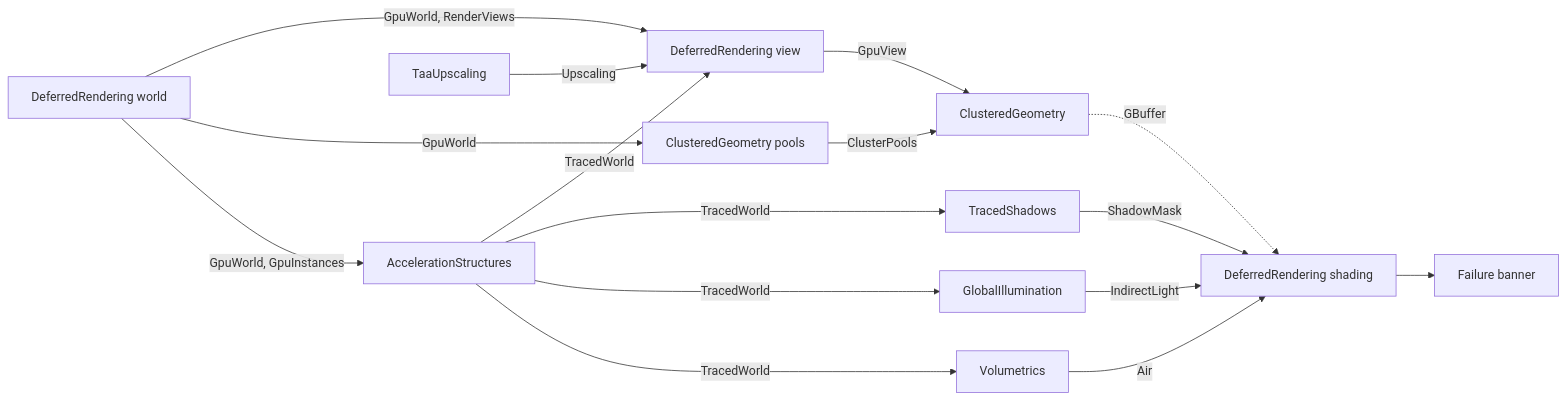
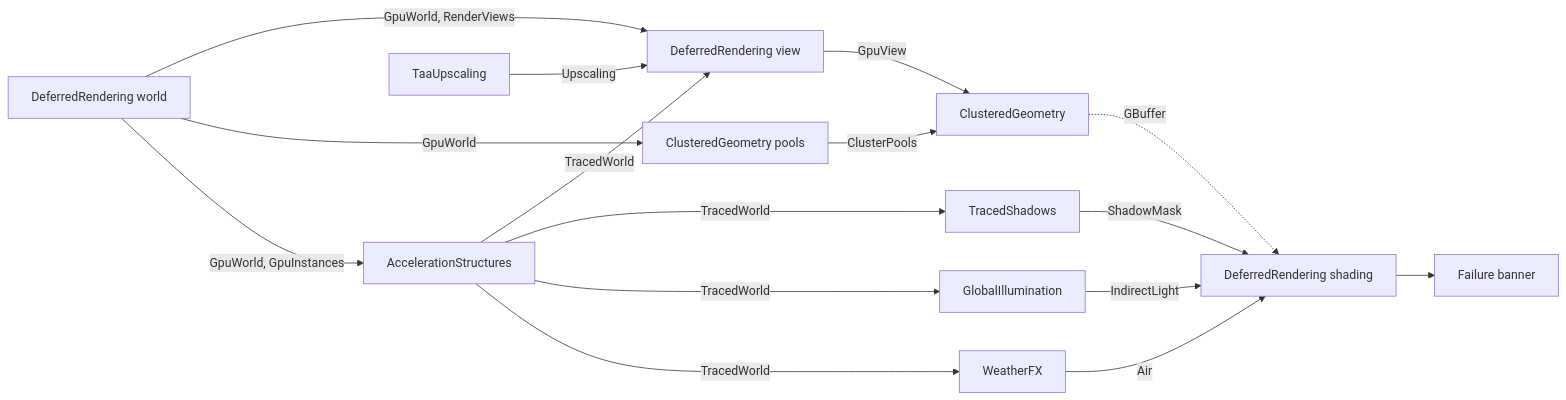
The diagram in docs/RENDERING.md (Konfus-org/Magic), drawn with Mermaid before and after one commit. The commit also changed other lines of this file and 13 other files, not shown here.

Commit message:
refactor: rename the Volumetrics gem to WeatherFX, the gem that draws the fog and the clouds that the wind carries

````diff
--- a/docs/RENDERING.md
+++ b/docs/RENDERING.md
@@ -11,18 +11,18 @@
 ```mermaid
 flowchart LR
     World[DeferredRendering world] -- GpuWorld, RenderViews --> View[DeferredRendering view]
     World -- GpuWorld --> Pools[ClusteredGeometry pools]
     World -- GpuWorld, GpuInstances --> Accel[AccelerationStructures]
     Taa[TaaUpscaling] -- Upscaling --> View
     Accel -- TracedWorld --> View
     View -- GpuView --> Clusters[ClusteredGeometry]
     Pools -- ClusterPools --> Clusters
     Accel -- TracedWorld --> Shadows[TracedShadows]
     Accel -- TracedWorld --> GI[GlobalIllumination]
-    Accel -- TracedWorld --> Vol[Volumetrics]
+    Accel -- TracedWorld --> Vol[WeatherFX]
     Shadows -- ShadowMask --> Shading[DeferredRendering shading]
     GI -- IndirectLight --> Shading
     Vol -- Air --> Shading
     Clusters -. GBuffer .-> Shading
     Shading --> Banner[Failure banner]
 ```
````
